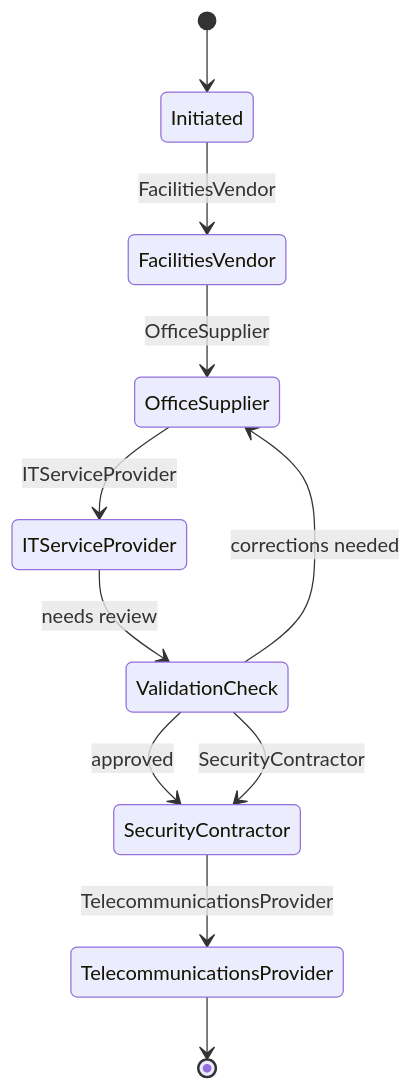
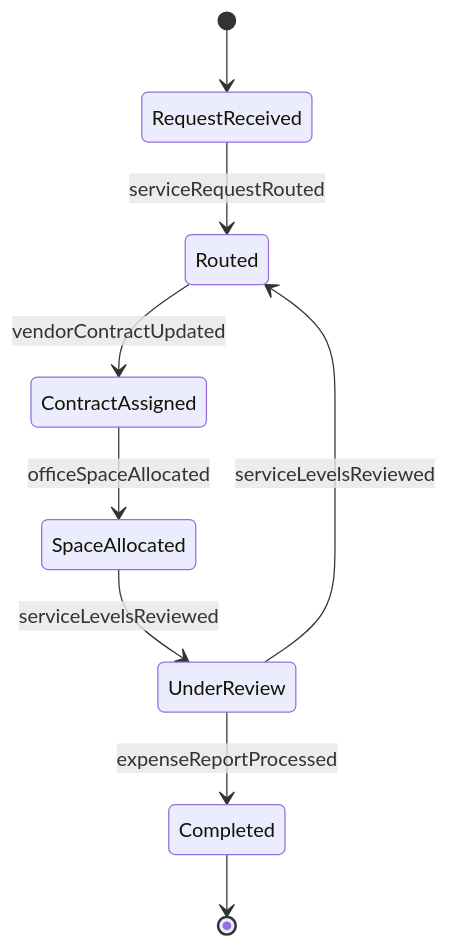
One commit to dot-org-ai/tasks.org.ai changed the second of 4 diagrams in GuidingDirectingAndMotivatingSubordinates/DirectOrganizationalOperationsActivitiesOrProcedures/DirectAdministrativeSupportServices.mdx. Above: the diagram before and after it, drawn with Mermaid. The commit also changed other lines of this file and 515 other files, not shown here.

````diff
--- a/GuidingDirectingAndMotivatingSubordinates/DirectOrganizationalOperationsActivitiesOrProcedures/DirectAdministrativeSupportServices.mdx
+++ b/GuidingDirectingAndMotivatingSubordinates/DirectOrganizationalOperationsActivitiesOrProcedures/DirectAdministrativeSupportServices.mdx
@@ -105,13 +106,11 @@
 ```mermaid
 stateDiagram-v2
-    [*] --> Initiated
-    Initiated --> FacilitiesVendor: FacilitiesVendor
-    FacilitiesVendor --> OfficeSupplier: OfficeSupplier
-    OfficeSupplier --> ITServiceProvider: ITServiceProvider
-    ITServiceProvider --> ValidationCheck: needs review
-    ValidationCheck --> OfficeSupplier: corrections needed
-    ValidationCheck --> SecurityContractor: approved
-    ValidationCheck --> SecurityContractor: SecurityContractor
-    SecurityContractor --> TelecommunicationsProvider: TelecommunicationsProvider
-    TelecommunicationsProvider --> [*]
+    [*] --> RequestReceived
+    RequestReceived --> Routed : serviceRequestRouted
+    Routed --> ContractAssigned : vendorContractUpdated
+    ContractAssigned --> SpaceAllocated : officeSpaceAllocated
+    SpaceAllocated --> UnderReview : serviceLevelsReviewed
+    UnderReview --> Routed : serviceLevelsReviewed
+    UnderReview --> Completed : expenseReportProcessed
+    Completed --> [*]
 ```
````
